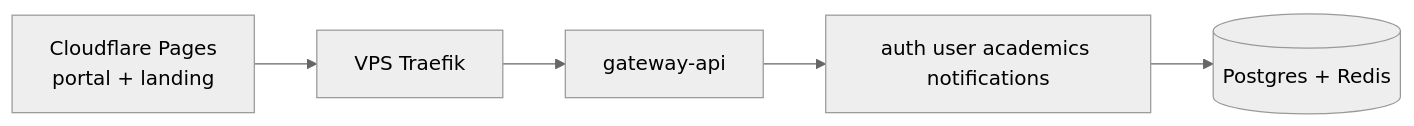
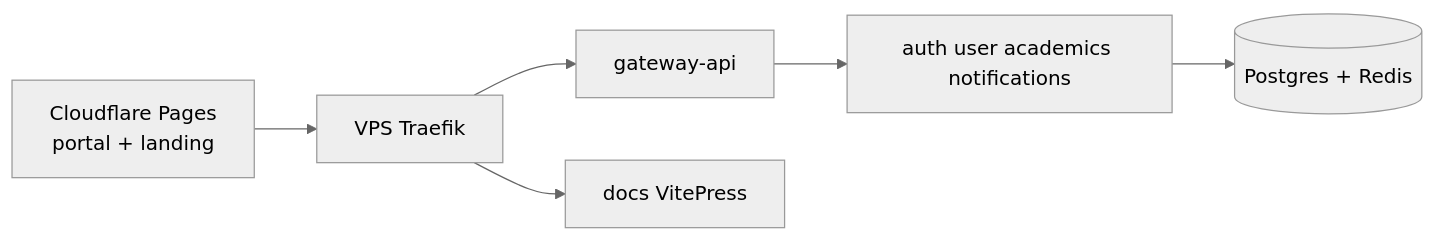
One commit to uniz-rguktong/uniz-master changed the diagram in apps/uniz-docs/index.md. Above: the diagram before and after it, drawn with Mermaid (neutral theme). The commit also changed other lines of this file and 6 other files, not shown here.

First line of the commit message:
docs: map role action flows and align README with Notion

````diff
--- a/apps/uniz-docs/index.md
+++ b/apps/uniz-docs/index.md
@@ -19,7 +21,8 @@
 ```mermaid
 flowchart LR
-  FE[Cloudflare Pages\nportal + landing] --> API[VPS Traefik]
+  FE[Cloudflare Pages<br/>portal + landing] --> API[VPS Traefik]
   API --> GW[gateway-api]
   GW --> Svc[auth user academics notifications]
+  API --> Docs[docs VitePress]
   Svc --> Data[(Postgres + Redis)]
 ```
````
